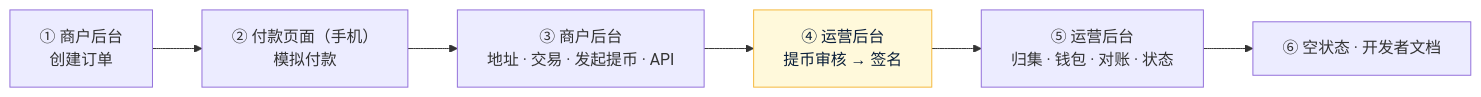
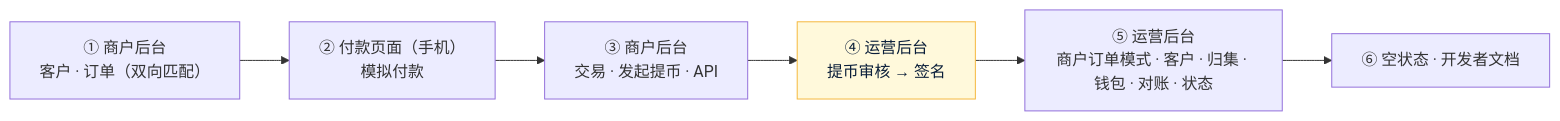
One commit to dollar3651314/amos111 changed the diagram in 技术方案/v6-原型说明.md. Above: the diagram before and after it, drawn with Mermaid. The commit also changed other lines of this file and 31 other files, not shown here.

````diff
--- a/技术方案/v6-原型说明.md
+++ b/技术方案/v6-原型说明.md
@@ -10,11 +17,11 @@
 ```mermaid
 flowchart LR
-    A["① 商户后台<br/>创建订单"] --> B["② 付款页面（手机）<br/>模拟付款"]
-    B --> C["③ 商户后台<br/>地址 · 交易 · 发起提币 · API"]
+    A["① 商户后台<br/>客户 · 订单（双向匹配）"] --> B["② 付款页面（手机）<br/>模拟付款"]
+    B --> C["③ 商户后台<br/>交易 · 发起提币 · API"]
     C --> D["④ 运营后台<br/>提币审核 → 签名"]
-    D --> E["⑤ 运营后台<br/>归集 · 钱包 · 对账 · 状态"]
+    D --> E["⑤ 运营后台<br/>商户订单模式 · 客户 · 归集 · 钱包 · 对账 · 状态"]
     E --> F["⑥ 空状态 · 开发者文档"]
 
     classDef key fill:#FFF9DB,stroke:#F5B83D,color:#0B1F3A
     class D key
 ```
````
